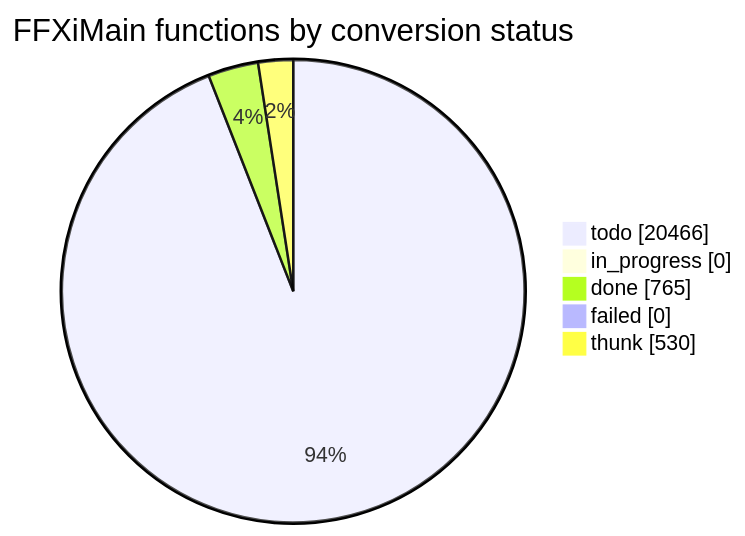
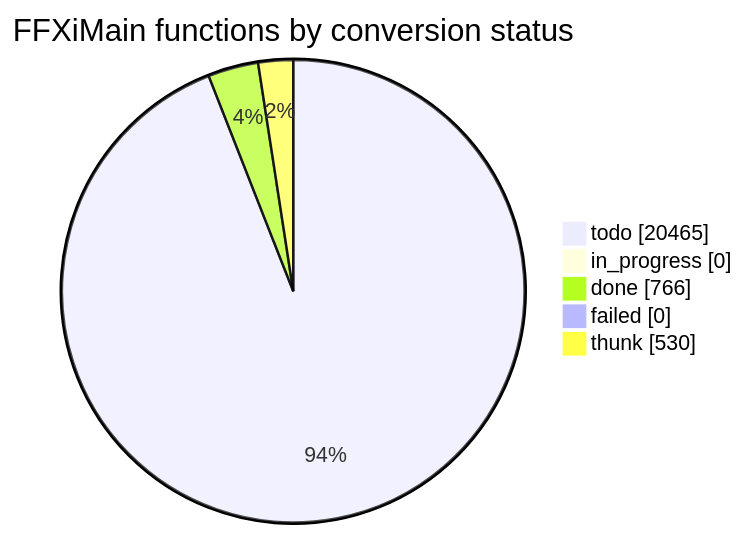
One commit to cowrevenge/cow_kuluu_xi_anything changed the diagram in docs/cow/STATUS.md. Above: the diagram before and after it, drawn with Mermaid. The commit also changed other lines of this file and 9 other files, not shown here.

````diff
--- a/docs/cow/STATUS.md
+++ b/docs/cow/STATUS.md
@@ -18,9 +18,9 @@
 ```mermaid
 pie showData
     title FFXiMain functions by conversion status
-    "todo" : 20466
+    "todo" : 20465
     "in_progress" : 0
-    "done" : 765
+    "done" : 766
     "failed" : 0
     "thunk" : 530
 ```
````
